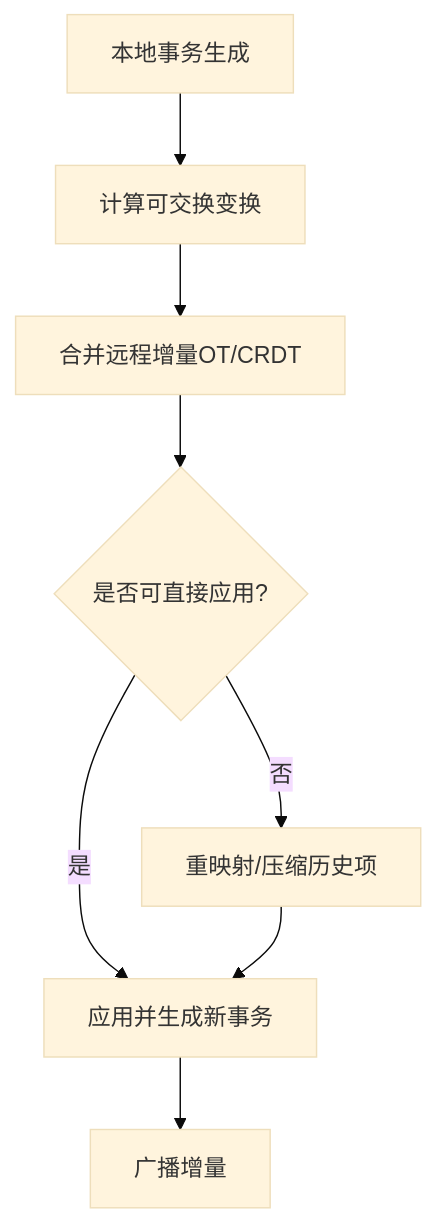
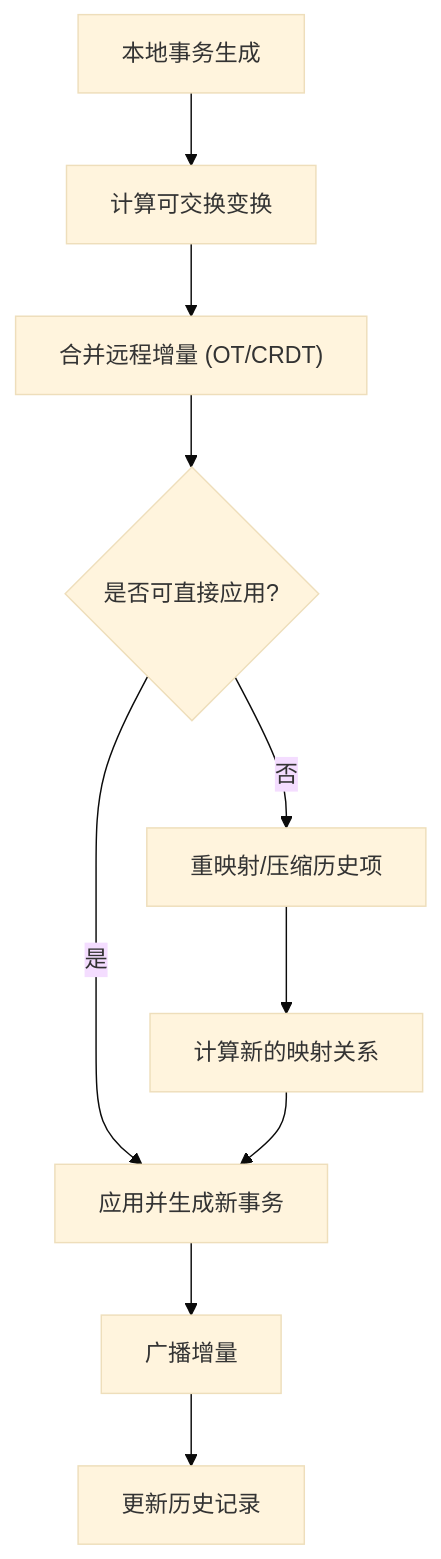
Diagram 14 of 18 in .qoder/repowiki/zh/content/架构设计/实时协作架构.md (LRF0422/Kotion), drawn with Mermaid (base theme) before and after one commit. The commit also changed other lines of this file and 75 other files, not shown here.

````diff
--- a/.qoder/repowiki/zh/content/架构设计/实时协作架构.md
+++ b/.qoder/repowiki/zh/content/架构设计/实时协作架构.md
@@ -235,10 +654,12 @@
 ```mermaid
 flowchart TD
 A["本地事务生成"] --> B["计算可交换变换"]
-B --> C["合并远程增量OT/CRDT"]
+B --> C["合并远程增量 (OT/CRDT)"]
 C --> D{"是否可直接应用?"}
 D --> |是| E["应用并生成新事务"]
 D --> |否| F["重映射/压缩历史项"]
-F --> E
-E --> G["广播增量"]
+F --> G["计算新的映射关系"]
+G --> E
+E --> H["广播增量"]
+H --> I["更新历史记录"]
 ```
````
